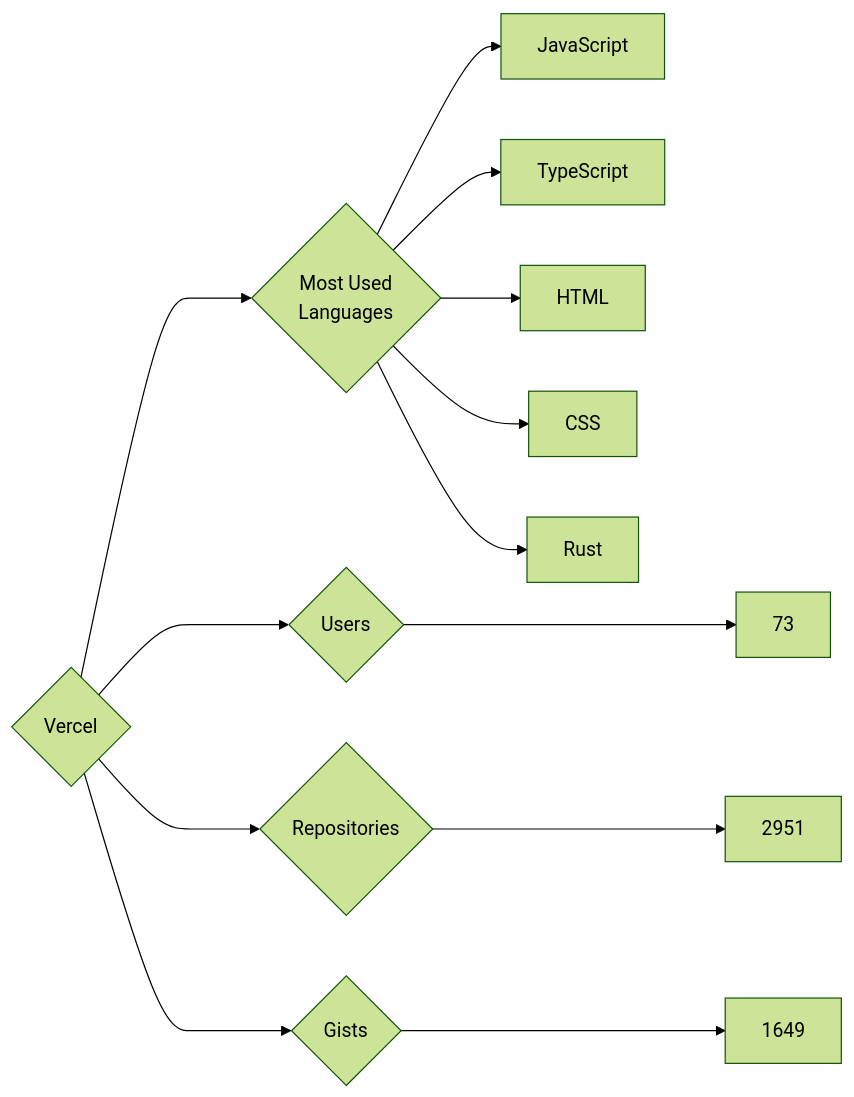
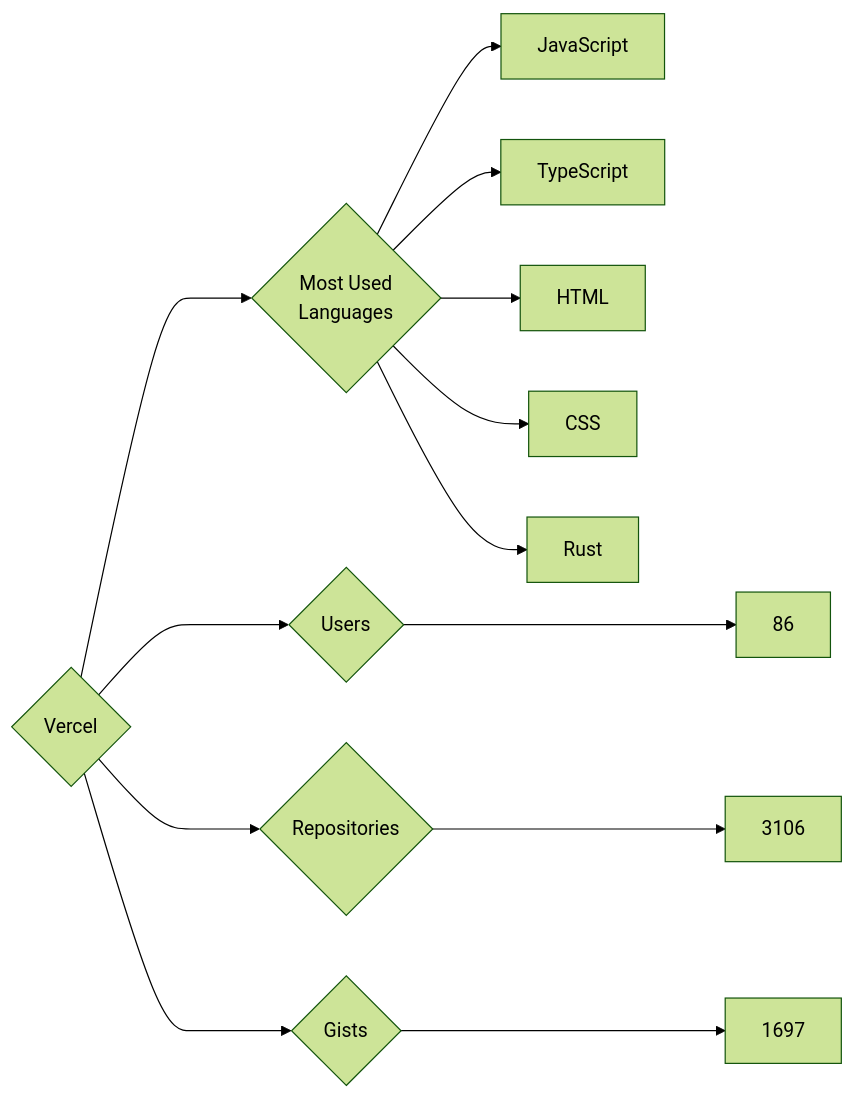
The diagram in targets/Vercel/README.md (trickest/insiders), drawn with Mermaid (forest theme) before and after one commit. The commit also changed 1696 other files, not shown here.

````diff
--- a/targets/Vercel/README.md
+++ b/targets/Vercel/README.md
@@ -3,13 +3,13 @@
 ```mermaid
 graph LR
 COMPANY_NAME{Vercel}
-COMPANY_NAME ---> U{Users} ---> UN[73]
-COMPANY_NAME ---> R{Repositories} ---> RN[2951]
-COMPANY_NAME ---> G{Gists} ---> GN[1649]
+COMPANY_NAME ---> U{Users} ---> UN[86]
+COMPANY_NAME ---> R{Repositories} ---> RN[3106]
+COMPANY_NAME ---> G{Gists} ---> GN[1697]
 COMPANY_NAME ---> ML{Most Used<br>Languages}
 ML --> JavaScript[JavaScript]
 ML --> TypeScript[TypeScript]
 ML --> HTML[HTML]
 ML --> CSS[CSS]
 ML --> Rust[Rust]
 ```
````
